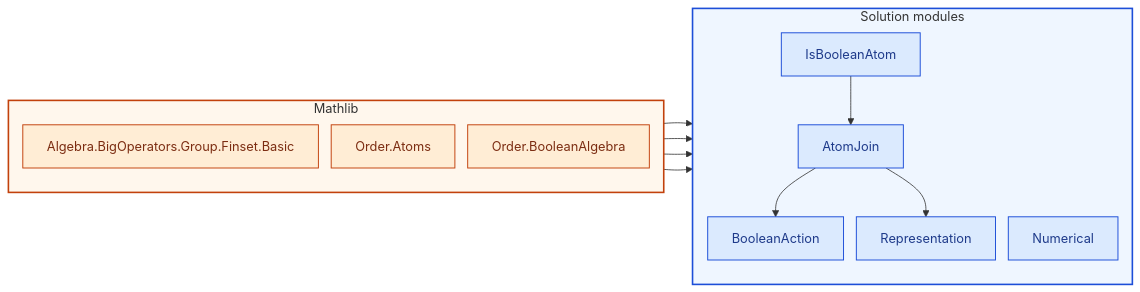
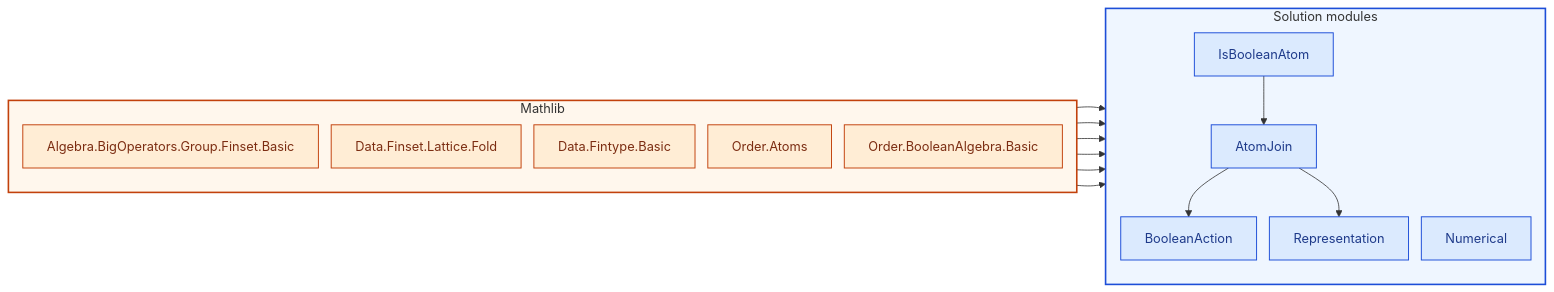
Before and after one commit to catskillsresearch/fabbro: the diagram in courses/21-373.md, drawn with Mermaid. The commit also changed other lines of this file and 89 other files, not shown here.

````diff
--- a/courses/21-373.md
+++ b/courses/21-373.md
@@ -23,32 +24,36 @@
 ```mermaid
 %%{init: {"flowchart": {"htmlLabels": false, "nodeSpacing": 16, "rankSpacing": 36}}}%%
 flowchart LR
   classDef course fill:#dbeafe,stroke:#1d4ed8,color:#1e3a8a,stroke-width:1.2px
   classDef mathlib fill:#ffedd5,stroke:#c2410c,color:#7c2d12,stroke-width:1.2px
 
   subgraph ML["Mathlib"]
     direction TB
     style ML fill:#fff7ed,stroke:#c2410c,stroke-width:2px
     LAlgebraBigOperatorsGroupFinsetBasic["Algebra.BigOperators.Group.Finset.Basic"]:::mathlib
+    LDataFinsetLatticeFold["Data.Finset.Lattice.Fold"]:::mathlib
+    LDataFintypeBasic["Data.Fintype.Basic"]:::mathlib
     LOrderAtoms["Order.Atoms"]:::mathlib
-    LOrderBooleanAlgebra["Order.BooleanAlgebra"]:::mathlib
+    LOrderBooleanAlgebraBasic["Order.BooleanAlgebra.Basic"]:::mathlib
   end
 
   subgraph SOL["Solution modules"]
     direction TB
     style SOL fill:#eff6ff,stroke:#1d4ed8,stroke-width:2px
     MAtomJoin["AtomJoin"]:::course
     MBooleanAction["BooleanAction"]:::course
     MIsBooleanAtom["IsBooleanAtom"]:::course
     MRepresentation["Representation"]:::course
     MCourse21373Numerical["Numerical"]:::course
   end
 
+  LDataFinsetLatticeFold --> MAtomJoin
   LAlgebraBigOperatorsGroupFinsetBasic --> MAtomJoin
   MIsBooleanAtom --> MAtomJoin
   MAtomJoin --> MBooleanAction
-  LOrderBooleanAlgebra --> MIsBooleanAtom
   LOrderAtoms --> MIsBooleanAtom
+  LOrderBooleanAlgebraBasic --> MIsBooleanAtom
+  LDataFintypeBasic --> MRepresentation
   MAtomJoin --> MRepresentation
   LAlgebraBigOperatorsGroupFinsetBasic --> MCourse21373Numerical
 ```
````
